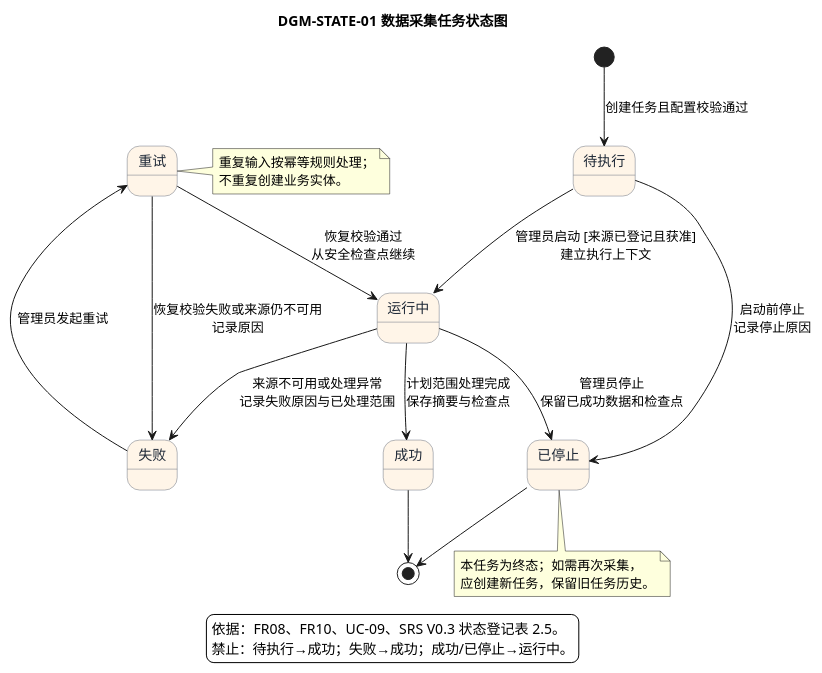
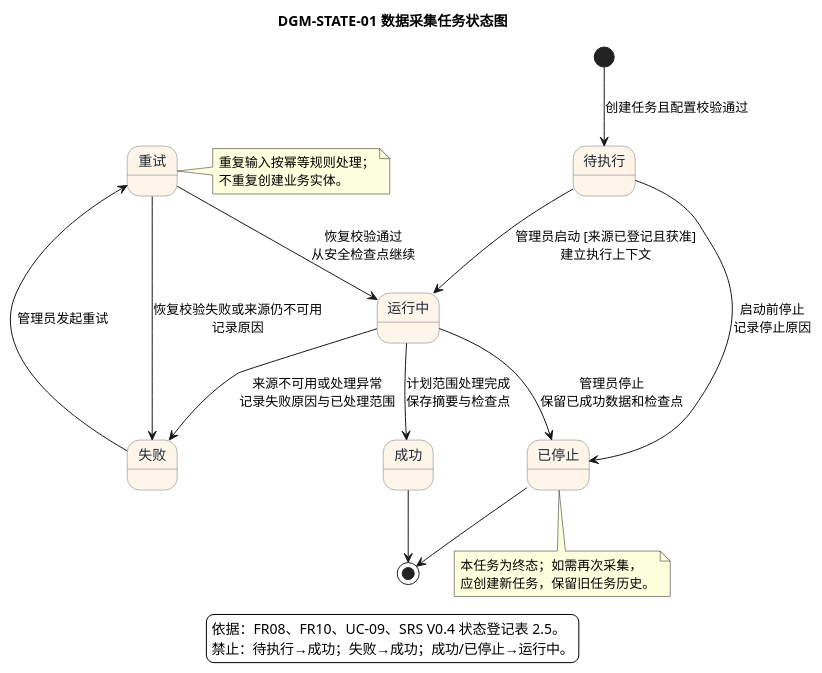
The diagram in docs/uml/collection-state/DGM-STATE-01-collection-task.puml (FloatingSoul423/OvO_-), drawn with PlantUML before and after one commit. The commit also changed 36 other files, not shown here.

Commit message:
docs(uml): complete diagram sources and rendered artifacts

```diff
--- a/docs/uml/collection-state/DGM-STATE-01-collection-task.puml
+++ b/docs/uml/collection-state/DGM-STATE-01-collection-task.puml
@@ -1,42 +1,42 @@
 @startuml
 title DGM-STATE-01 数据采集任务状态图
 
 skinparam backgroundColor white
 skinparam shadowing false
 skinparam state {
   BackgroundColor #FFF5E8
   BorderColor #6B7280
   FontColor #1F2937
 }
 
 [*] --> 待执行 : 创建任务且配置校验通过
 
 待执行 --> 运行中 : 管理员启动 [来源已登记且获准]\n建立执行上下文
 待执行 --> 已停止 : 启动前停止\n记录停止原因
 
 运行中 --> 成功 : 计划范围处理完成\n保存摘要与检查点
 运行中 --> 失败 : 来源不可用或处理异常\n记录失败原因与已处理范围
 运行中 --> 已停止 : 管理员停止\n保留已成功数据和检查点
 
 失败 --> 重试 : 管理员发起重试
 重试 --> 运行中 : 恢复校验通过\n从安全检查点继续
 重试 --> 失败 : 恢复校验失败或来源仍不可用\n记录原因
 
 成功 --> [*]
 已停止 --> [*]
 
 note right of 重试
   重复输入按幂等规则处理；
   不重复创建业务实体。
 end note
 
 note bottom of 已停止
   本任务为终态；如需再次采集，
   应创建新任务，保留旧任务历史。
 end note
 
 legend bottom
-  依据：FR08、FR10、UC-09、SRS V0.3 状态登记表 2.5。
+  依据：FR08、FR10、UC-09、SRS V0.4 状态登记表 2.5。
   禁止：待执行→成功；失败→成功；成功/已停止→运行中。
 endlegend
 @enduml
```
